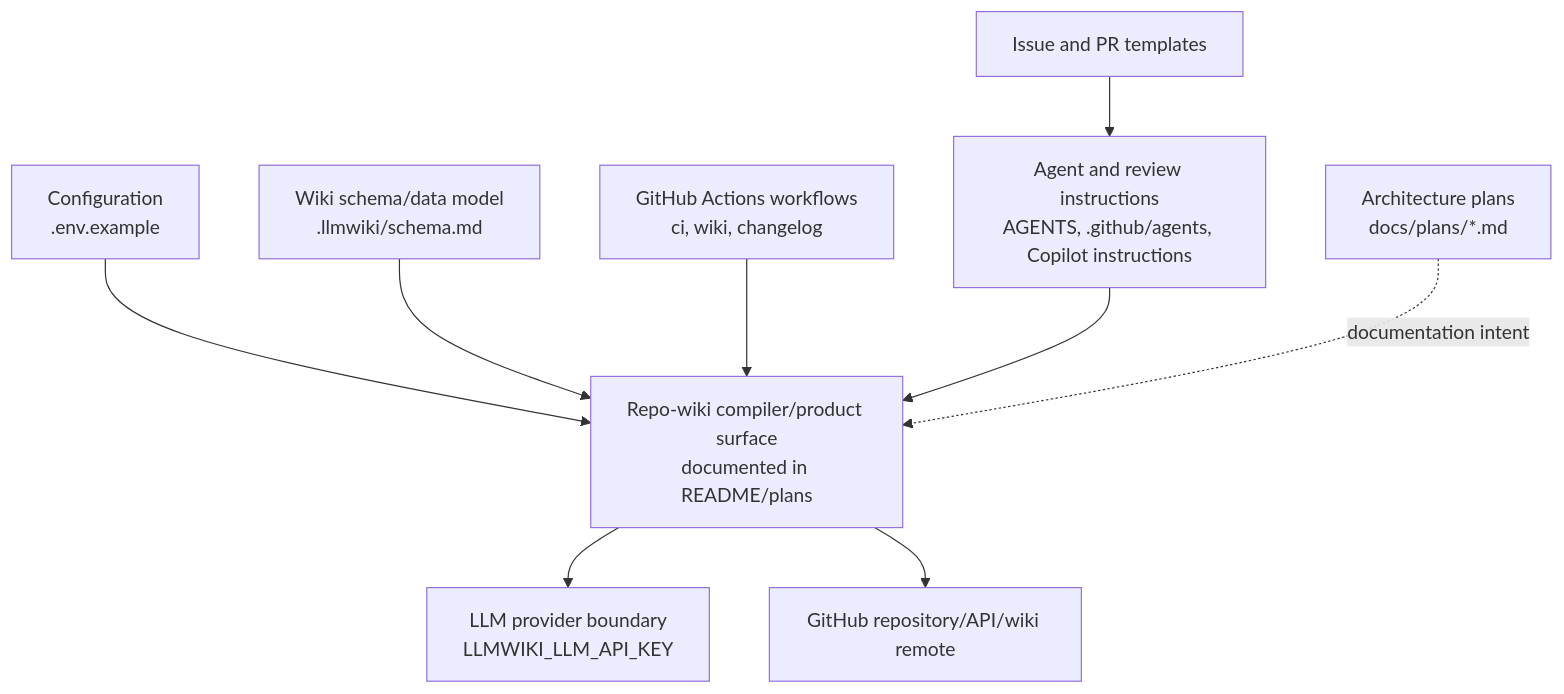
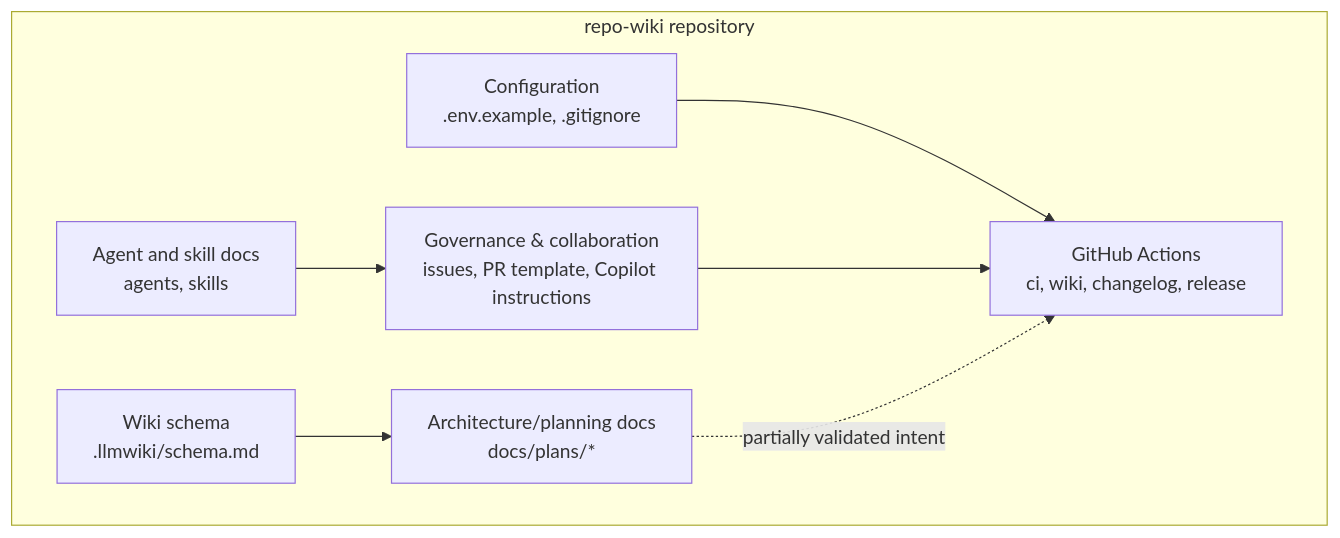
The second of 4 diagrams in Architecture.md (mfittko/repo-wiki), drawn with Mermaid before and after one commit. The commit also changed other lines of this file and 43 other files, not shown here.

Commit message:
Compile repository wiki 2026-05-13T12:54:49.854Z

````diff
--- a/Architecture.md
+++ b/Architecture.md
@@ -229,21 +152,17 @@
 ```mermaid
-flowchart TD
-  Env["Configuration<br/>.env.example"]
-  Schema["Wiki schema/data model<br/>.llmwiki/schema.md"]
-  Workflows["GitHub Actions workflows<br/>ci, wiki, changelog"]
-  WikiCompiler["Repo-wiki compiler/product surface<br/>documented in README/plans"]
-  LLM["LLM provider boundary<br/>LLMWIKI_LLM_API_KEY"]
-  GitHub["GitHub repository/API/wiki remote"]
-  Agents["Agent and review instructions<br/>AGENTS, .github/agents, Copilot instructions"]
-  IssuesPRs["Issue and PR templates"]
-  Plans["Architecture plans<br/>docs/plans/*.md"]
+flowchart TB
+  subgraph Repo["repo-wiki repository"]
+    Config["Configuration<br/>.env.example, .gitignore"]
+    Schema["Wiki schema<br/>.llmwiki/schema.md"]
+    Workflows["GitHub Actions<br/>ci, wiki, changelog, release"]
+    Governance["Governance & collaboration<br/>issues, PR template, Copilot instructions"]
+    Agents["Agent and skill docs<br/>agents, skills"]
+    Plans["Architecture/planning docs<br/>docs/plans/*"]
+  end
 
-  Env --> WikiCompiler
-  Schema --> WikiCompiler
-  Workflows --> WikiCompiler
-  WikiCompiler --> LLM
-  WikiCompiler --> GitHub
-  Agents --> WikiCompiler
-  IssuesPRs --> Agents
-  Plans -.documentation intent.-> WikiCompiler
+  Config --> Workflows
+  Schema --> Plans
+  Governance --> Workflows
+  Agents --> Governance
+  Plans -. partially validated intent .-> Workflows
 ```
````
